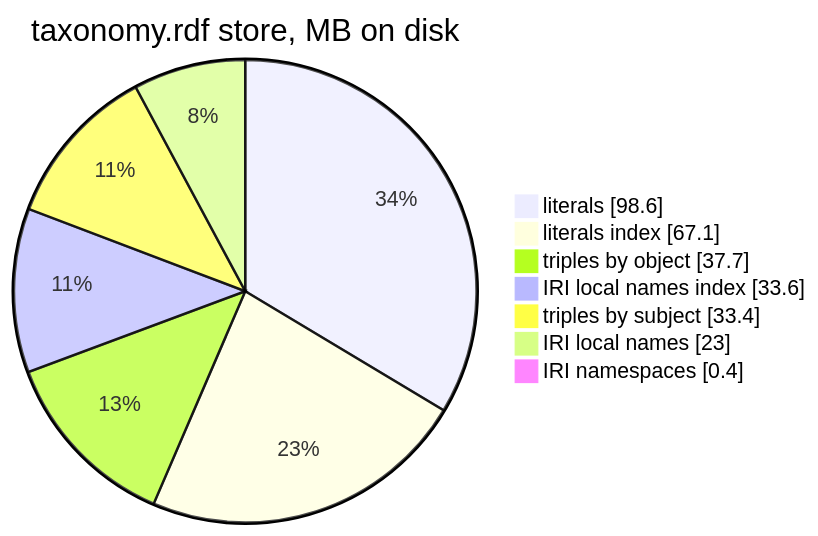
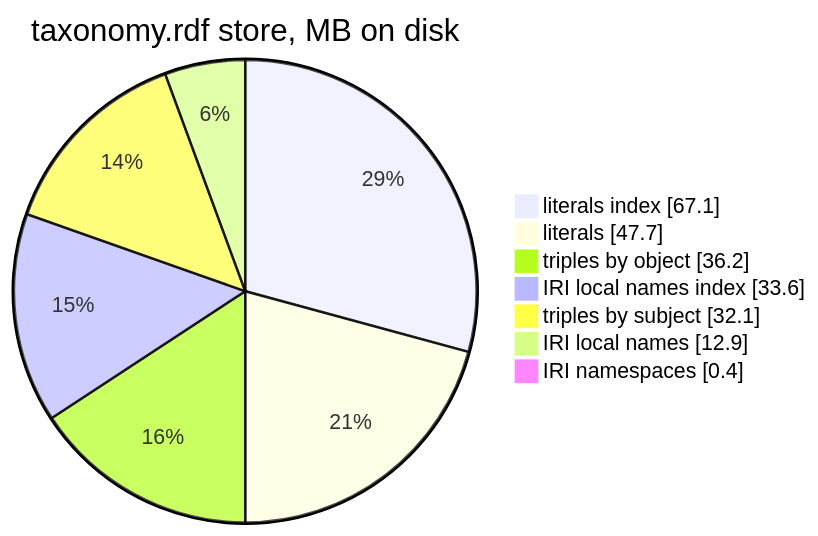
Before and after one commit to JervenBolleman/sparql-readonly: the fifth of 5 diagrams in docs/storage.md, drawn with Mermaid. The commit also changed other lines of this file and 15 other files, not shown here.

````diff
--- a/docs/storage.md
+++ b/docs/storage.md
@@ -264,11 +292,11 @@
 ```mermaid
 pie showData
     title taxonomy.rdf store, MB on disk
-    "literals" : 98.6
     "literals index" : 67.1
-    "triples by object" : 37.7
+    "literals" : 47.7
+    "triples by object" : 36.2
     "IRI local names index" : 33.6
-    "triples by subject" : 33.4
-    "IRI local names" : 23.0
+    "triples by subject" : 32.1
+    "IRI local names" : 12.9
     "IRI namespaces" : 0.4
 ```
````
